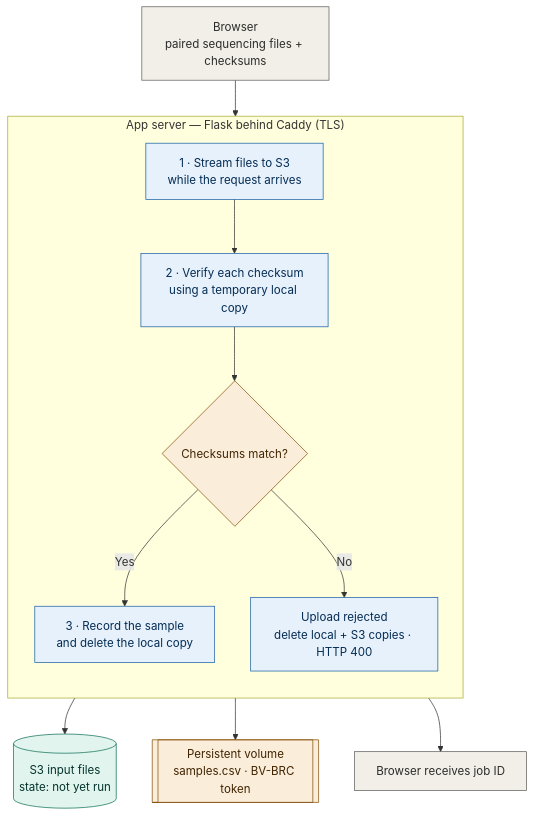
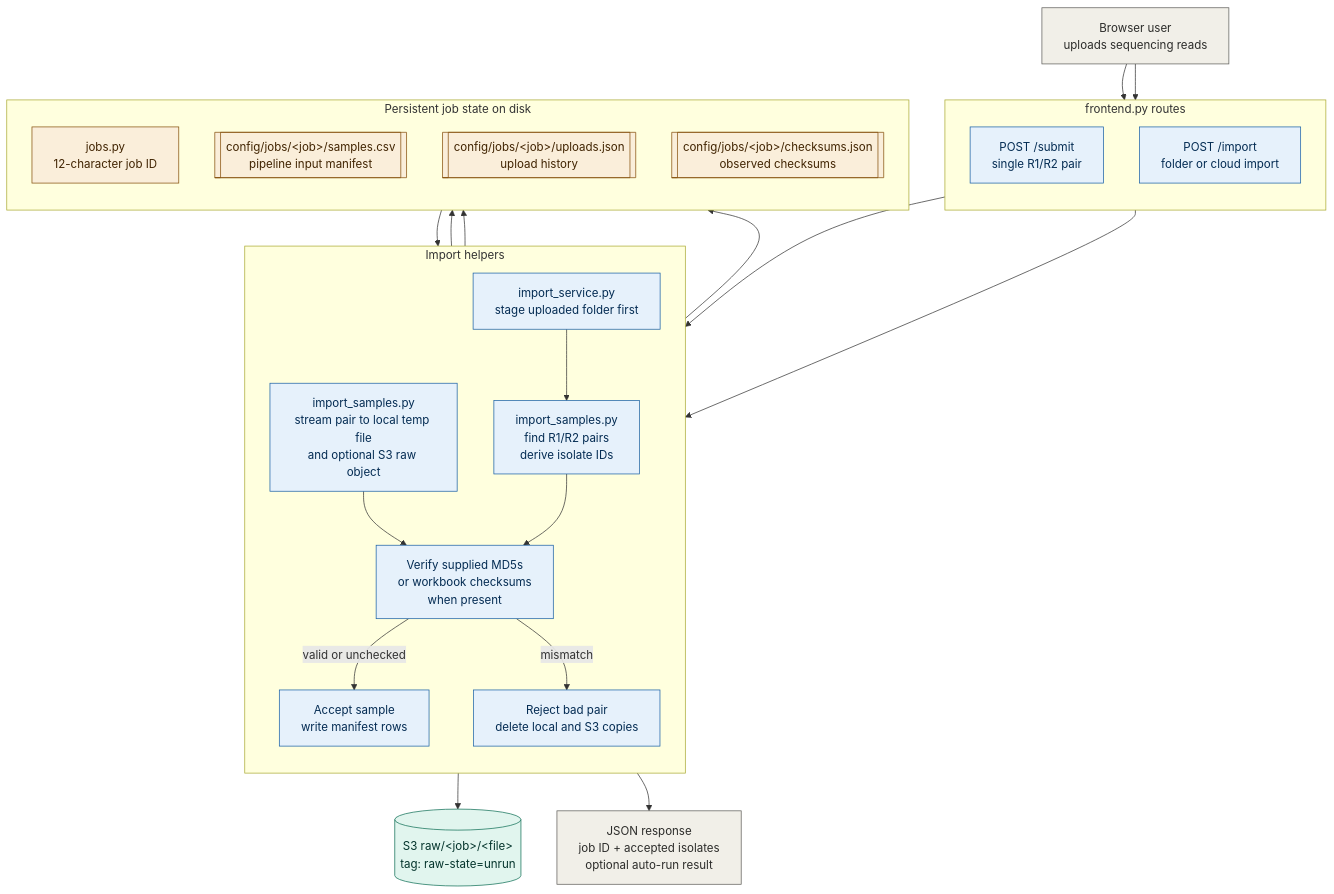
The first of 5 diagrams in docs/architecture.md (kennethtrancoding/bioinformatics), drawn with Mermaid before and after one commit. The commit also changed other lines of this file and 43 other files, not shown here.

````diff
--- a/docs/architecture.md
+++ b/docs/architecture.md
@@ -13,35 +15,56 @@
 ```mermaid
 flowchart TB
-    B["Browser<br/>paired sequencing files + checksums"]
+    USER["Browser user<br/>uploads sequencing reads"]
 
-    subgraph APP["App server — Flask behind Caddy (TLS)"]
+    subgraph ROUTES["frontend.py routes"]
         direction TB
-        S1["1 · Stream files to S3<br/>while the request arrives"]
-        S2["2 · Verify each checksum<br/>using a temporary local copy"]
-        MATCH{"Checksums match?"}
-        S3["3 · Record the sample<br/>and delete the local copy"]
-        FAIL["Upload rejected<br/>delete local + S3 copies · HTTP 400"]
-        S1 --> S2 --> MATCH
-        MATCH -- Yes --> S3
-        MATCH -- No --> FAIL
+        PAIR["POST /submit<br/>single R1/R2 pair"]
+        FOLDER["POST /import<br/>folder or cloud import"]
     end
 
-    RAW[("S3 input files<br/>state: not yet run")]
-    VOL[["Persistent volume<br/>samples.csv · BV-BRC token"]]
-    OK["Browser receives job ID"]
+    subgraph IMPORT["Import helpers"]
+        direction TB
+        PAIRSTREAM["import_samples.py<br/>stream pair to local temp file<br/>and optional S3 raw object"]
+        FOLDERSTAGE["import_service.py<br/>stage uploaded folder first"]
+        PAIRFASTQ["import_samples.py<br/>find R1/R2 pairs<br/>derive isolate IDs"]
+        CHECKSUM["Verify supplied MD5s<br/>or workbook checksums<br/>when present"]
+        ACCEPT["Accept sample<br/>write manifest rows"]
+        REJECT["Reject bad pair<br/>delete local and S3 copies"]
 
-    B --> S1
-    S1 --> RAW
-    S3 --> VOL
-    S3 --> OK
+        PAIRSTREAM --> CHECKSUM
+        FOLDERSTAGE --> PAIRFASTQ --> CHECKSUM
+        CHECKSUM -- valid or unchecked --> ACCEPT
+        CHECKSUM -- mismatch --> REJECT
+    end
+
+    subgraph STATE["Persistent job state on disk"]
+        direction TB
+        JOBID["jobs.py<br/>12-character job ID"]
+        SAMPLECSV[["config/jobs/&lt;job&gt;/samples.csv<br/>pipeline input manifest"]]
+        UPLOADJSON[["config/jobs/&lt;job&gt;/uploads.json<br/>upload history"]]
+        CHECKSUMJSON[["config/jobs/&lt;job&gt;/checksums.json<br/>observed checksums"]]
+    end
+
+    RAW[("S3 raw/&lt;job&gt;/&lt;file&gt;<br/>tag: raw-state=unrun")]
+    RESPONSE["JSON response<br/>job ID + accepted isolates<br/>optional auto-run result"]
+
+    USER --> PAIR
+    USER --> FOLDER
+    PAIR --> PAIRSTREAM
+    FOLDER --> FOLDERSTAGE
+    JOBID --> ACCEPT
+    PAIRSTREAM --> RAW
+    ACCEPT --> SAMPLECSV
+    ACCEPT --> UPLOADJSON
+    ACCEPT --> CHECKSUMJSON
+    ACCEPT --> RESPONSE
 
     classDef client fill:#F1EFE8,stroke:#5F5E5A,color:#2C2C2A
     classDef app fill:#E6F1FB,stroke:#185FA5,color:#042C53
     classDef store fill:#E1F5EE,stroke:#0F6E56,color:#04342C
     classDef state fill:#FAEEDA,stroke:#854F0B,color:#412402
-    class B,OK client
-    class S1,S2,S3,FAIL app
-    class MATCH state
+    class USER,RESPONSE client
+    class PAIR,FOLDER,PAIRSTREAM,FOLDERSTAGE,PAIRFASTQ,CHECKSUM,ACCEPT,REJECT app
     class RAW store
-    class VOL state
+    class JOBID,SAMPLECSV,UPLOADJSON,CHECKSUMJSON state
 ```
````
